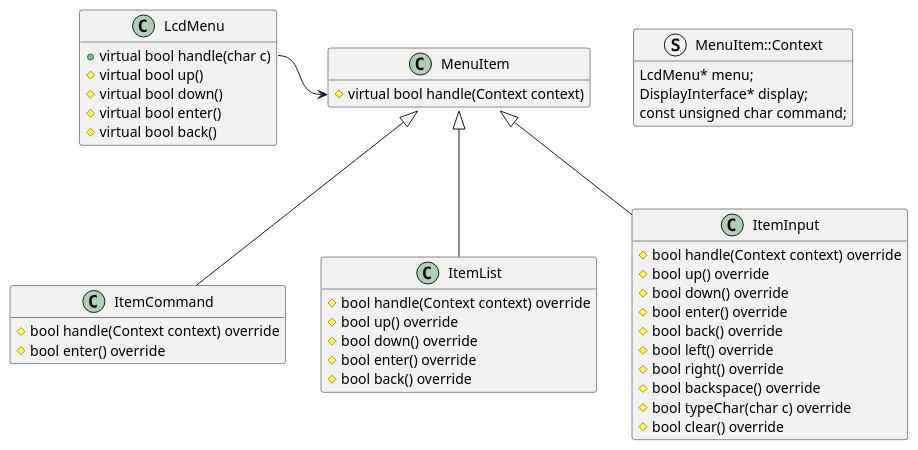
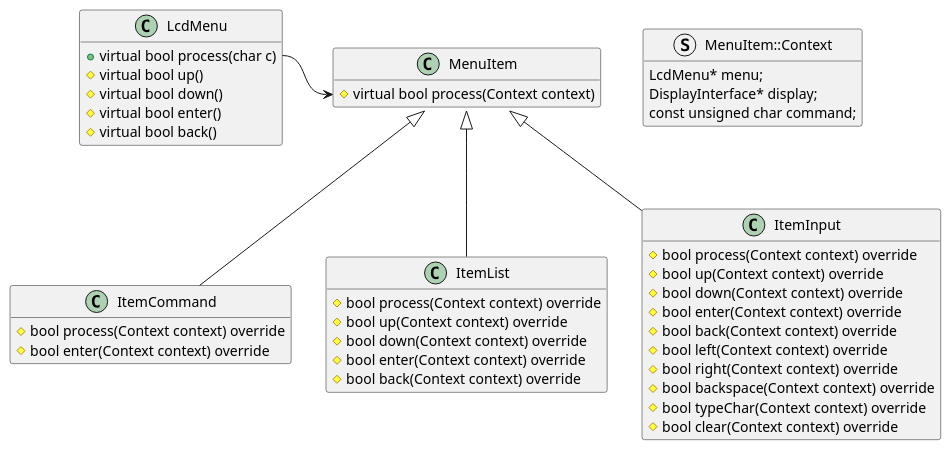
Before and after one commit to forntoh/LcdMenu: the diagram in docs/classes.puml, drawn with PlantUML.

```diff
--- a/docs/classes.puml
+++ b/docs/classes.puml
@@ -1,54 +1,54 @@
 @startuml
 ' https://www.plantuml.com/plantuml/uml/
 
 hide empty members
 
 class LcdMenu {
-    +virtual bool handle(char c)
+    +virtual bool process(char c)
     #virtual bool up()
     #virtual bool down()
     #virtual bool enter()
     #virtual bool back()
 }
 
 struct MenuItem::Context {
     LcdMenu* menu;
     DisplayInterface* display;
     const unsigned char command;
 }
 
 class MenuItem {
-    #virtual bool handle(Context context)
+    #virtual bool process(Context context)
 }
 
 class ItemCommand {
-    #bool handle(Context context) override
-    #bool enter() override
+    #bool process(Context context) override
+    #bool enter(Context context) override
 }
 
 class ItemList {
-    #bool handle(Context context) override
-    #bool up() override
-    #bool down() override
-    #bool enter() override
-    #bool back() override
+    #bool process(Context context) override
+    #bool up(Context context) override
+    #bool down(Context context) override
+    #bool enter(Context context) override
+    #bool back(Context context) override
 }
 
 class ItemInput {
-    #bool handle(Context context) override
-    #bool up() override
-    #bool down() override
-    #bool enter() override
-    #bool back() override
-    #bool left() override
-    #bool right() override
-    #bool backspace() override
-    #bool typeChar(char c) override
-    #bool clear() override
+    #bool process(Context context) override
+    #bool up(Context context) override
+    #bool down(Context context) override
+    #bool enter(Context context) override
+    #bool back(Context context) override
+    #bool left(Context context) override
+    #bool right(Context context) override
+    #bool backspace(Context context) override
+    #bool typeChar(Context context) override
+    #bool clear(Context context) override
 }
 
-LcdMenu::handle -r-> MenuItem::handle
+LcdMenu::process -r-> MenuItem::process
 ItemCommand -u-|> MenuItem
 ItemList -u-|> MenuItem
 ItemInput -u-|> MenuItem
 @enduml
```
